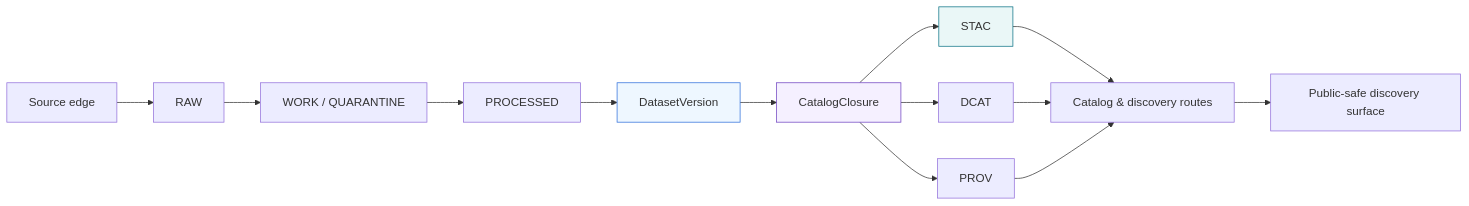
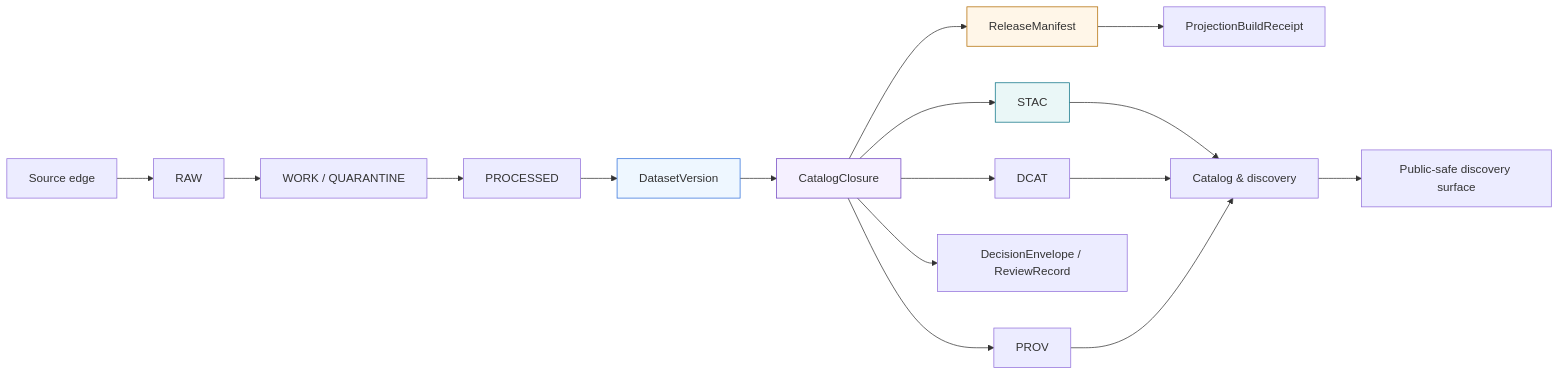
Before and after one commit to bartytime4life/Kansas-Frontier-Matrix: the diagram in docs/standards/KFM_STAC_PROFILE.md, drawn with Mermaid. The commit also changed other lines of this file, not shown here.

````diff
--- a/docs/standards/KFM_STAC_PROFILE.md
+++ b/docs/standards/KFM_STAC_PROFILE.md
@@ -108,19 +64,23 @@
 ```mermaid
 flowchart LR
     A[Source edge] --> B[RAW]
     B --> C[WORK / QUARANTINE]
     C --> D[PROCESSED]
     D --> E[DatasetVersion]
     E --> F[CatalogClosure]
     F --> G[STAC]
     F --> H[DCAT]
     F --> I[PROV]
-    G --> J[Catalog & discovery routes]
-    H --> J
-    I --> J
-    J --> K[Public-safe discovery surface]
+    F --> J[DecisionEnvelope / ReviewRecord]
+    F --> K[ReleaseManifest]
+    K --> L[ProjectionBuildReceipt]
+    G --> M[Catalog & discovery]
+    H --> M
+    I --> M
+    M --> N[Public-safe discovery surface]
 
     style E fill:#eef7ff,stroke:#2f6fdb
     style F fill:#f5f0ff,stroke:#6f42c1
     style G fill:#eaf7f7,stroke:#0b7285
+    style K fill:#fff6e8,stroke:#b26b00
 ```
````
